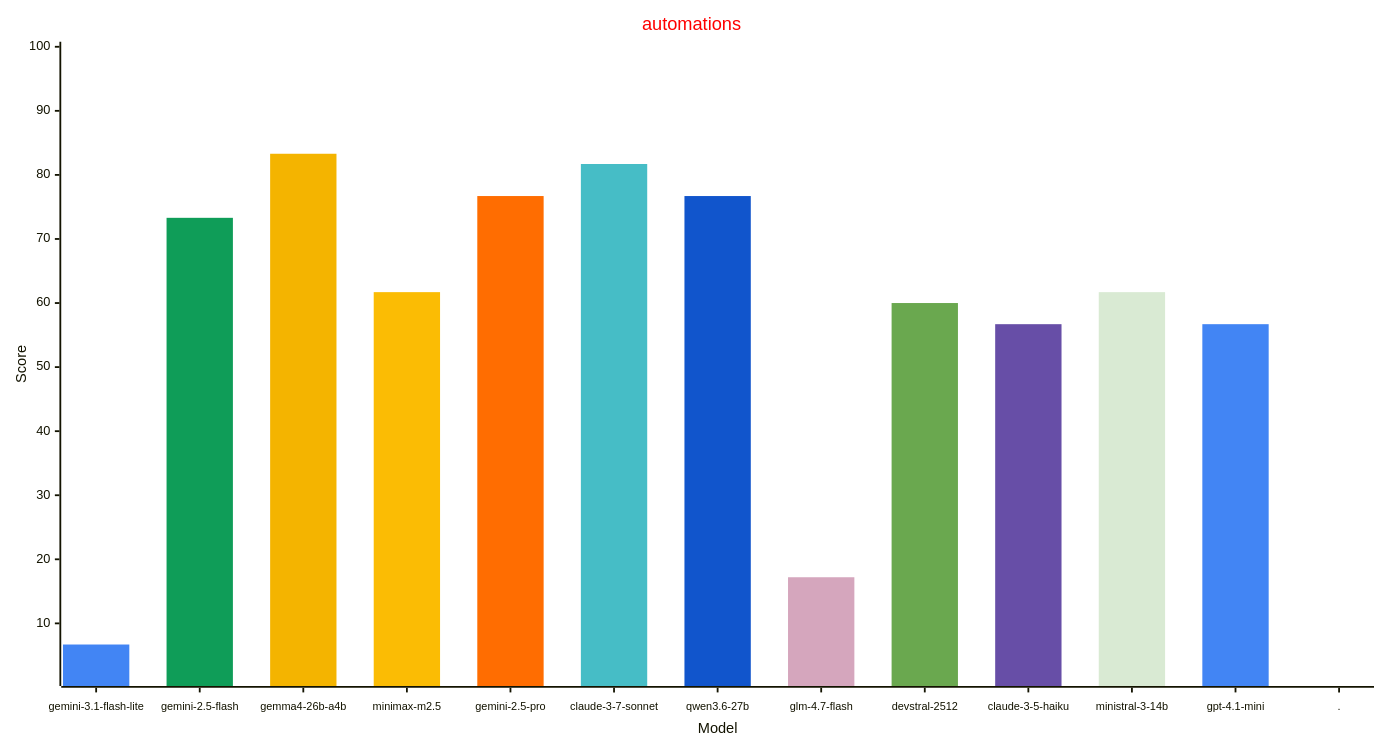
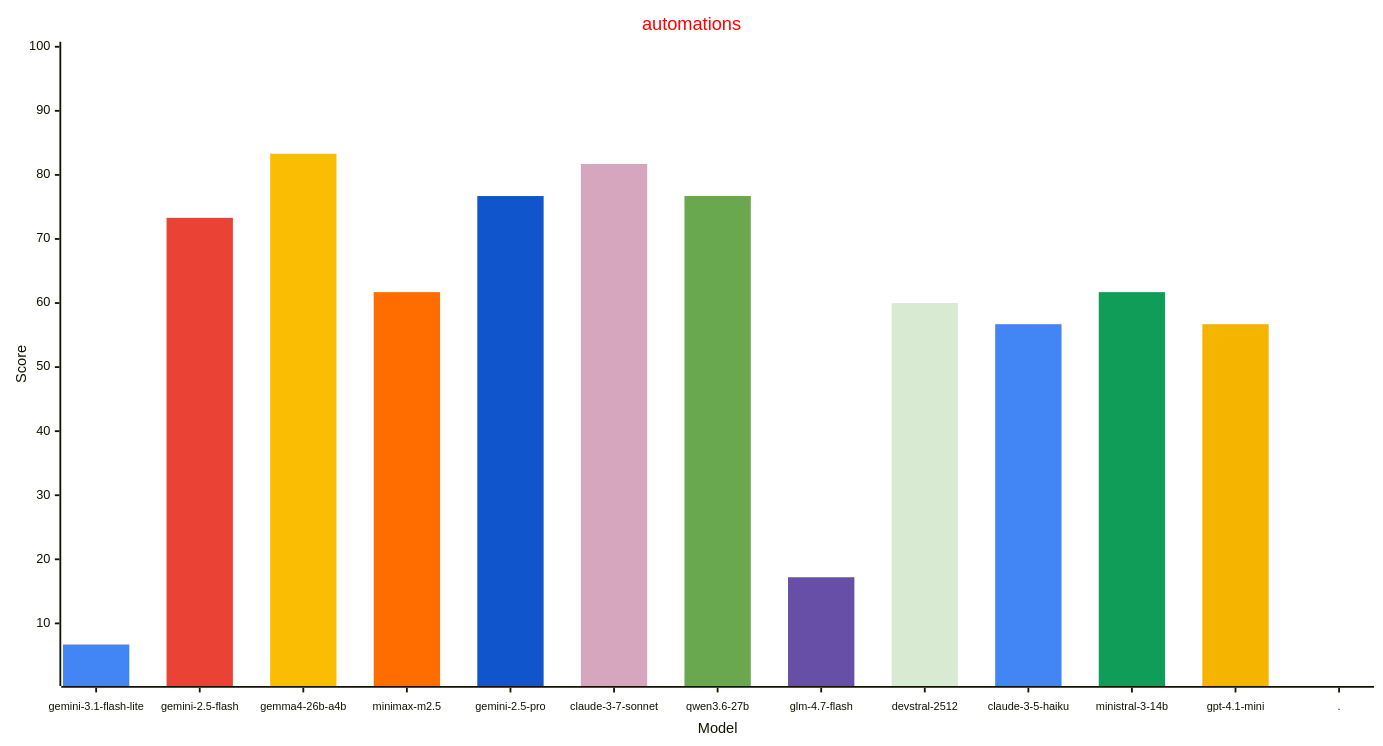
The fourth of 4 diagrams in reports/README.md (allenporter/home-assistant-datasets), drawn with Mermaid before and after one commit. The commit also changed other lines of this file and 2094 other files, not shown here.

````diff
--- a/reports/README.md
+++ b/reports/README.md
@@ -230,33 +232,33 @@
 ```mermaid
 ---
 config:
     xyChart:
         width: 1500
         height: 800
         xAxis:
           labelFontSize: 12
           labelPadding: 8
     themeVariables:
         xyChart:
             titleColor: "#ff0000"
-            plotColorPalette: "#4285f4, #0f9d58, #f4b400, #fbbc04, #ff6d01, #46bdc6, #1155cc, #d5a6bd, #6aa84f, #674ea7, #d9ead3, #4285f4, #4285f4"
+            plotColorPalette: "#4285f4, #ea4335, #fbbc04, #ff6d01, #1155cc, #d5a6bd, #6aa84f, #674ea7, #d9ead3, #4285f4, #0f9d58, #f4b400, #4285f4"
 
 ---
 xychart-beta
   title "automations"
   x-axis "Model" [gemini-3.1-flash-lite, gemini-2.5-flash, gemma4-26b-a4b, minimax-m2.5, gemini-2.5-pro, claude-3-7-sonnet, qwen3.6-27b, glm-4.7-flash, devstral-2512, claude-3-5-haiku, ministral-3-14b, gpt-4.1-mini, .]
   y-axis "Score" 1 --> 100
   bar [6.7, 0.0, 0.0, 0.0, 0.0, 0.0, 0.0, 0.0, 0.0, 0.0, 0.0, 0.0, 0.0]
   bar [0.0, 73.3, 0.0, 0.0, 0.0, 0.0, 0.0, 0.0, 0.0, 0.0, 0.0, 0.0, 0.0]
   bar [0.0, 0.0, 83.3, 0.0, 0.0, 0.0, 0.0, 0.0, 0.0, 0.0, 0.0, 0.0, 0.0]
   bar [0.0, 0.0, 0.0, 61.7, 0.0, 0.0, 0.0, 0.0, 0.0, 0.0, 0.0, 0.0, 0.0]
   bar [0.0, 0.0, 0.0, 0.0, 76.7, 0.0, 0.0, 0.0, 0.0, 0.0, 0.0, 0.0, 0.0]
   bar [0.0, 0.0, 0.0, 0.0, 0.0, 81.7, 0.0, 0.0, 0.0, 0.0, 0.0, 0.0, 0.0]
   bar [0.0, 0.0, 0.0, 0.0, 0.0, 0.0, 76.7, 0.0, 0.0, 0.0, 0.0, 0.0, 0.0]
   bar [0.0, 0.0, 0.0, 0.0, 0.0, 0.0, 0.0, 17.2, 0.0, 0.0, 0.0, 0.0, 0.0]
   bar [0.0, 0.0, 0.0, 0.0, 0.0, 0.0, 0.0, 0.0, 60.0, 0.0, 0.0, 0.0, 0.0]
   bar [0.0, 0.0, 0.0, 0.0, 0.0, 0.0, 0.0, 0.0, 0.0, 56.7, 0.0, 0.0, 0.0]
   bar [0.0, 0.0, 0.0, 0.0, 0.0, 0.0, 0.0, 0.0, 0.0, 0.0, 61.7, 0.0, 0.0]
   bar [0.0, 0.0, 0.0, 0.0, 0.0, 0.0, 0.0, 0.0, 0.0, 0.0, 0.0, 56.7, 0.0]
   bar [0.0, 0.0, 0.0, 0.0, 0.0, 0.0, 0.0, 0.0, 0.0, 0.0, 0.0, 0.0, -1.0]
 ```
````
